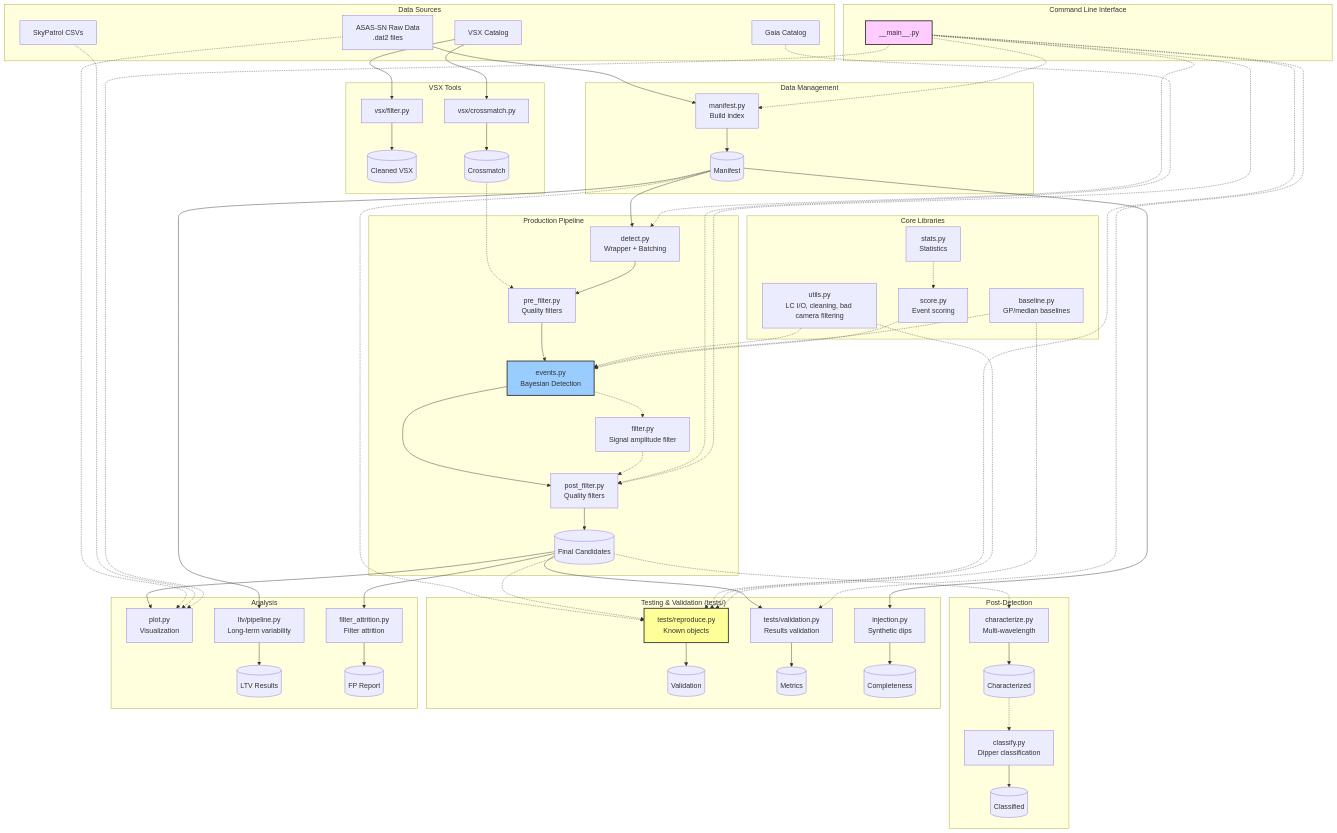
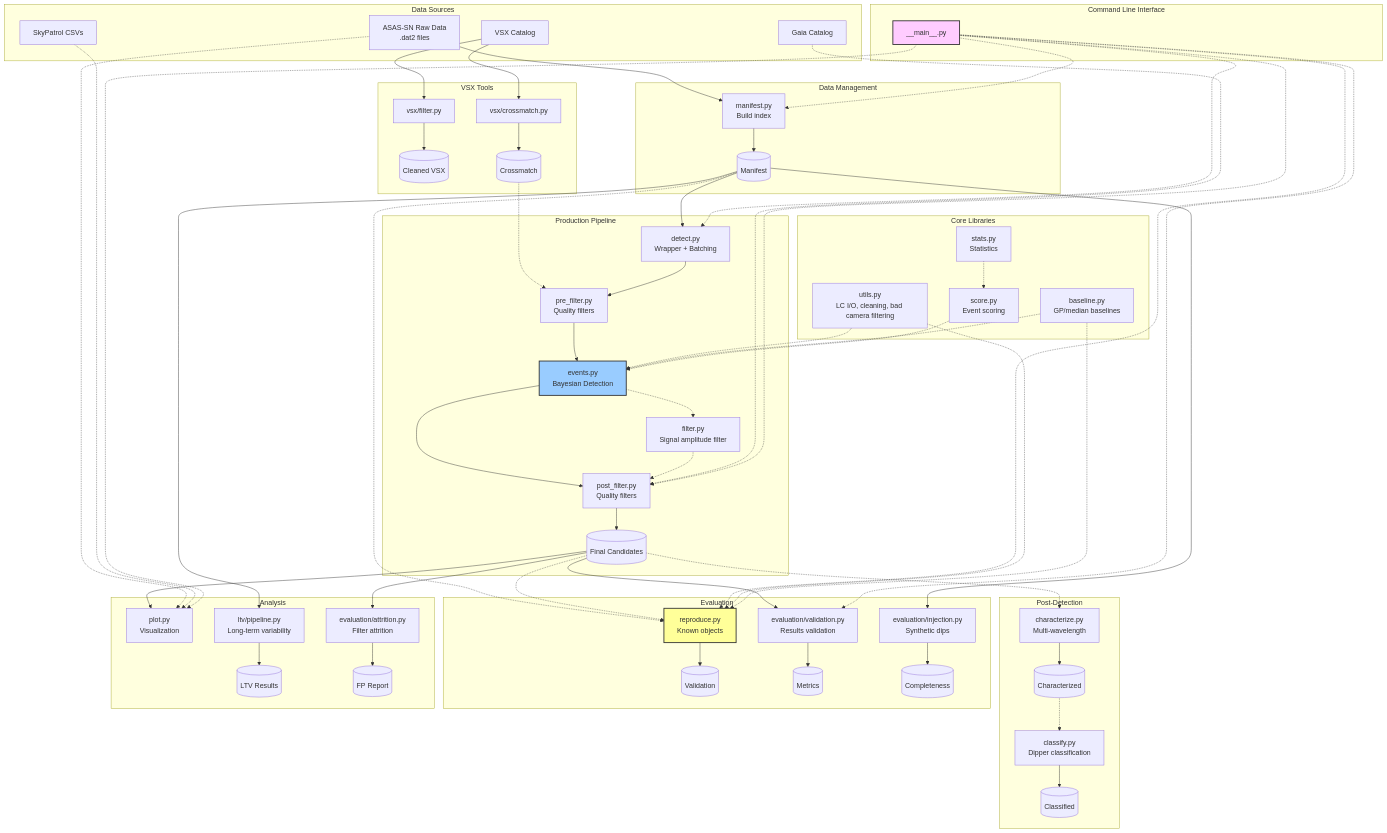
Before and after one commit to calderlen/MALCA: the diagram in README.md, drawn with Mermaid. The commit also changed other lines of this file and 19 other files, not shown here.

```diff
--- a/README.md
+++ b/README.md
@@ -167,15 +137,15 @@
         CLASSIFY --> CLASSIFY_OUT[(Classified)]
     end
 
-    subgraph "Testing & Validation (tests/)"
-        REPRO[tests/reproduce.py<br/>Known objects]
-        VALID[tests/validation.py<br/>Results validation]
-        INJ[injection.py<br/>Synthetic dips]
+    subgraph "Evaluation"
+        REPRO[reproduce.py<br/>Known objects]
+        VALID[evaluation/validation.py<br/>Results validation]
+        INJ[evaluation/injection.py<br/>Synthetic dips]
 
         MAN_OUT -.-> REPRO
         CAND -.-> REPRO
         REPRO --> REPRO_OUT[(Validation)]
-        
+
         CAND --> VALID
         VALID --> VALID_OUT[(Metrics)]
 
@@ -186,7 +156,7 @@
     subgraph "Analysis"
         PLOT[plot.py<br/>Visualization]
         LTV[ltv/pipeline.py<br/>Long-term variability]
-        FP[filter_attrition.py<br/>Filter attrition]
+        FP[evaluation/attrition.py<br/>Filter attrition]
 
         CAND --> PLOT
         RAW -.-> PLOT
@@ -208,7 +178,7 @@
         CLI -.-> PLOT
         CLI -.-> POSTFILT
     end
-    
+
     %% Dependencies
     UTILS -.-> EVENTS
     UTILS -.-> REPRO
```
